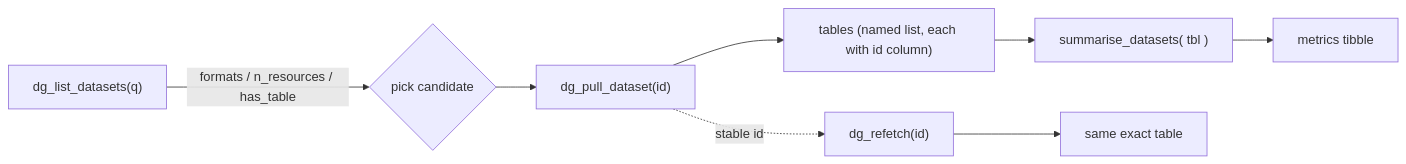
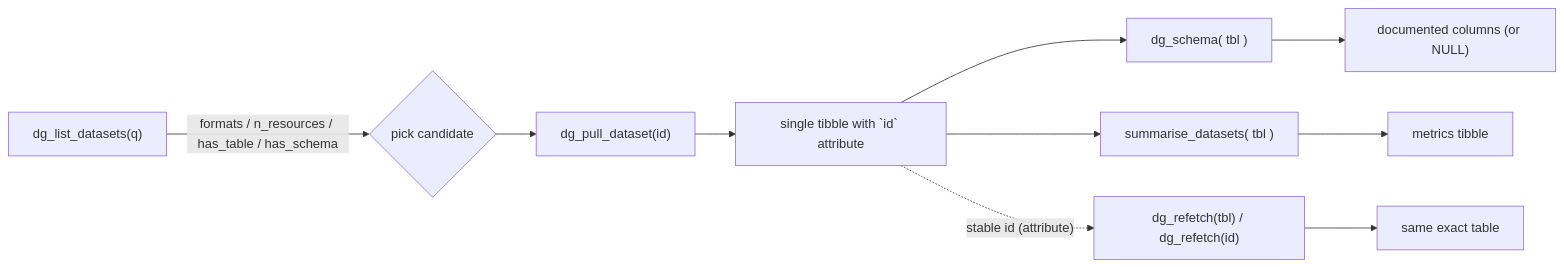
One commit to astamm/datagouv changed the diagram in DESIGN-discovery.md. Above: the diagram before and after it, drawn with Mermaid. The commit also changed other lines of this file and 21 other files, not shown here.

Commit message:
dg_pull_dataset() now returns a single table by default, exposed functions become pipeable and the composed ID is now stored as attribute rather than extra column.

````diff
--- a/DESIGN-discovery.md
+++ b/DESIGN-discovery.md
@@ -13,10 +14,12 @@
 ```mermaid
 flowchart LR
-    A["dg_list_datasets(q)"] -->|"formats / n_resources / has_table"| B{"pick candidate"}
+    A["dg_list_datasets(q)"] -->|"formats / n_resources / has_table / has_schema"| B{"pick candidate"}
     B --> C["dg_pull_dataset(id)"]
-    C --> D["tables (named list, each with id column)"]
-    D --> E["summarise_datasets( tbl )"]
+    C --> C2["single tibble with `id` attribute"]
+    C2 --> D["dg_schema( tbl )"]
+    D --> D2["documented columns (or NULL)"]
+    C2 --> E["summarise_datasets( tbl )"]
     E --> F["metrics tibble"]
-    C -. "stable id" .-> G["dg_refetch(id)"]
+    C2 -. "stable id (attribute)" .-> G["dg_refetch(tbl) / dg_refetch(id)"]
     G --> H["same exact table"]
 ```
````
